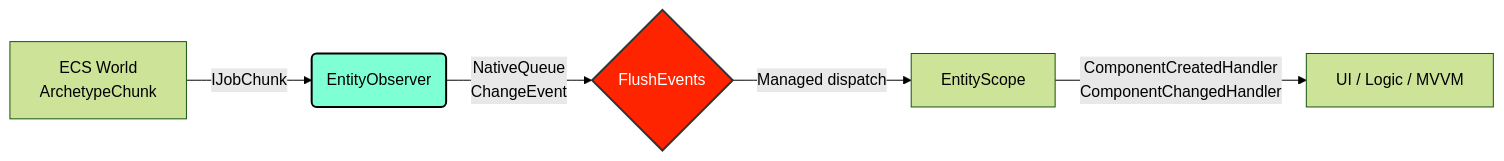
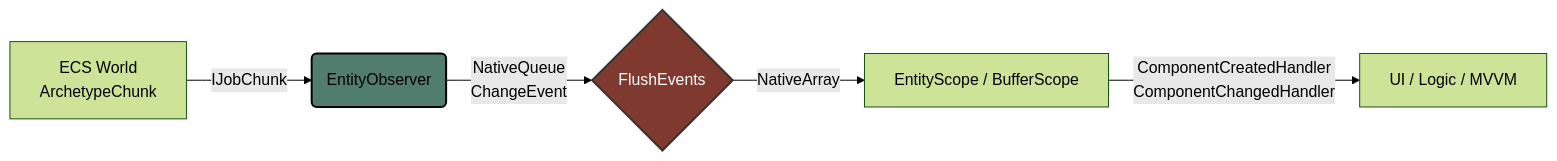
Before and after one commit to About00/dots-observer: the third of 3 diagrams in README.md, drawn with Mermaid (forest theme). The commit also changed other lines of this file and 13 other files, not shown here.

````diff
--- a/README.md
+++ b/README.md
@@ -193,10 +207,10 @@
 ```mermaid
 flowchart LR
     A[ECS World<br/>ArchetypeChunk] -->|IJobChunk| B(EntityObserver<T>)
     B -->|NativeQueue<br/>ChangeEvent<T>| C{FlushEvents}
-    C -->|Managed dispatch| D[EntityScope<T>]
+    C -->|NativeArray| D[EntityScope / BufferScope]
     D -->|ComponentCreatedHandler<br/>ComponentChangedHandler| E[UI / Logic / MVVM]
 
-    style B fill:#7FFFD4,stroke:#000,stroke-width:2px
-    style C fill:#ff2400,stroke:#333,stroke-width:2px,color:#fff
+    style B fill:#517d6e,stroke:#000,stroke-width:2px
+    style C fill:#80392e,stroke:#333,stroke-width:2px,color:#fff
 ```
````
